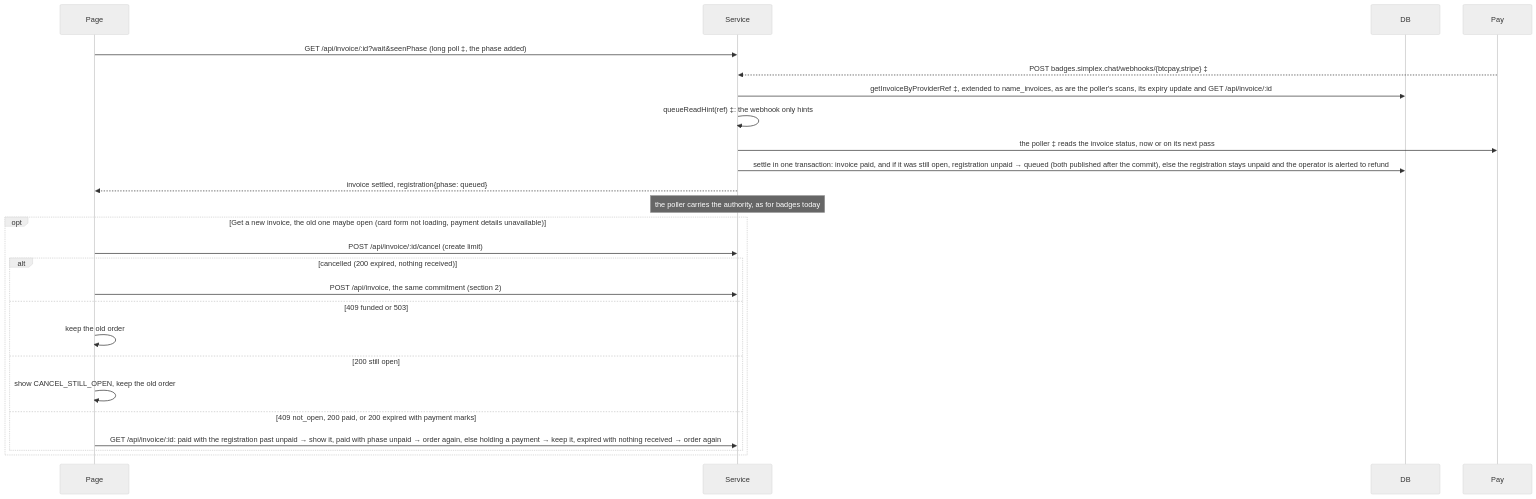
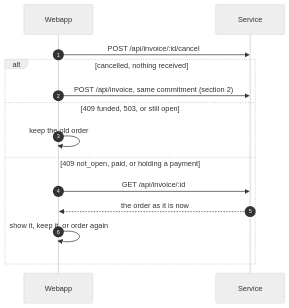
One commit to simplex-chat/simplex-chat changed the sixth of 21 diagrams in plans/names-codes/2026-10-13-names-sequence.md. Above: the diagram before and after it, drawn with Mermaid (neutral theme). The commit also changed other lines of this file, not shown here.

Commit message:
plans: simpler names sequence diagrams

````diff
--- a/plans/names-codes/2026-10-13-names-sequence.md
+++ b/plans/names-codes/2026-10-13-names-sequence.md
@@ -109,27 +255,16 @@
 ```mermaid
 sequenceDiagram
-  participant Page
-  participant Service
-  participant DB
-  participant Pay
-  Page->>Service: GET /api/invoice/:id?wait&seenPhase (long poll ‡, the phase added)
-  Pay-->>Service: POST badges.simplex.chat/webhooks/{btcpay,stripe} ‡
-  Service->>DB: getInvoiceByProviderRef ‡, extended to name_invoices, as are the poller's scans, its expiry update and GET /api/invoice/:id
-  Service->>Service: queueReadHint(ref) ‡: the webhook only hints
-  Service->>Pay: the poller ‡ reads the invoice status, now or on its next pass
-  Service->>DB: settle in one transaction: invoice paid, and if it was still open, registration unpaid → queued (both published after the commit), else the registration stays unpaid and the operator is alerted to refund
-  Service-->>Page: invoice settled, registration{phase: queued}
-  Note over Service: the poller carries the authority, as for badges today
-  opt Get a new invoice, the old one maybe open (card form not loading, payment details unavailable)
-    Page->>Service: POST /api/invoice/:id/cancel (create limit)
-    alt cancelled (200 expired, nothing received)
-      Page->>Service: POST /api/invoice, the same commitment (section 2)
-    else 409 funded or 503
-      Page->>Page: keep the old order
-    else 200 still open
-      Page->>Page: show CANCEL_STILL_OPEN, keep the old order
-    else 409 not_open, 200 paid, or 200 expired with payment marks
-      Page->>Service: GET /api/invoice/:id: paid with the registration past unpaid → show it, paid with phase unpaid → order again, else holding a payment → keep it, expired with nothing received → order again
-    end
+  autonumber
+  participant W as Webapp
+  participant S as Service
+  W->>S: POST /api/invoice/:id/cancel
+  alt cancelled, nothing received
+    W->>S: POST /api/invoice, same commitment (section 2)
+  else 409 funded, 503, or still open
+    W->>W: keep the old order
+  else 409 not_open, paid, or holding a payment
+    W->>S: GET /api/invoice/:id
+    S-->>W: the order as it is now
+    W->>W: show it, keep it, or order again
   end
 ```
````
